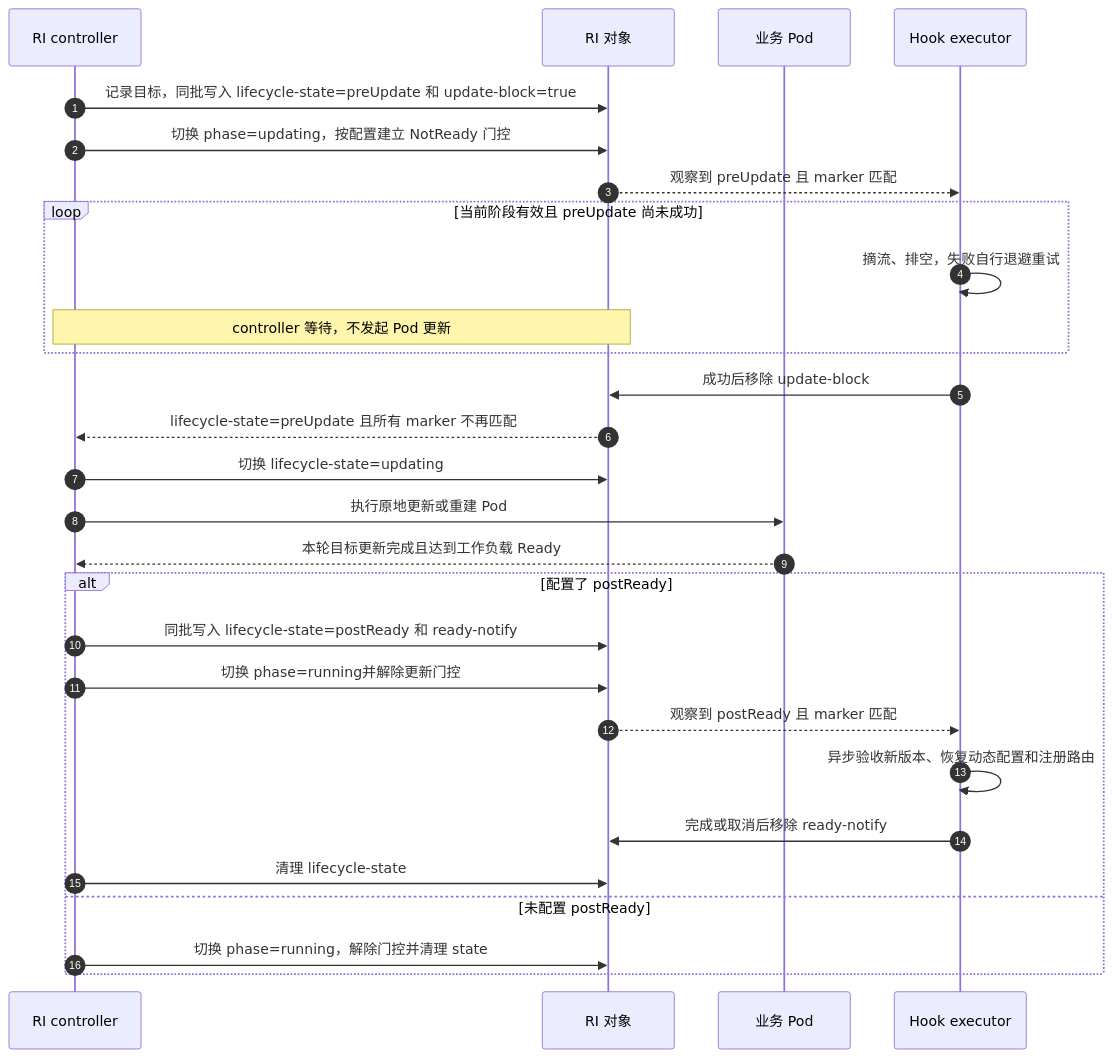
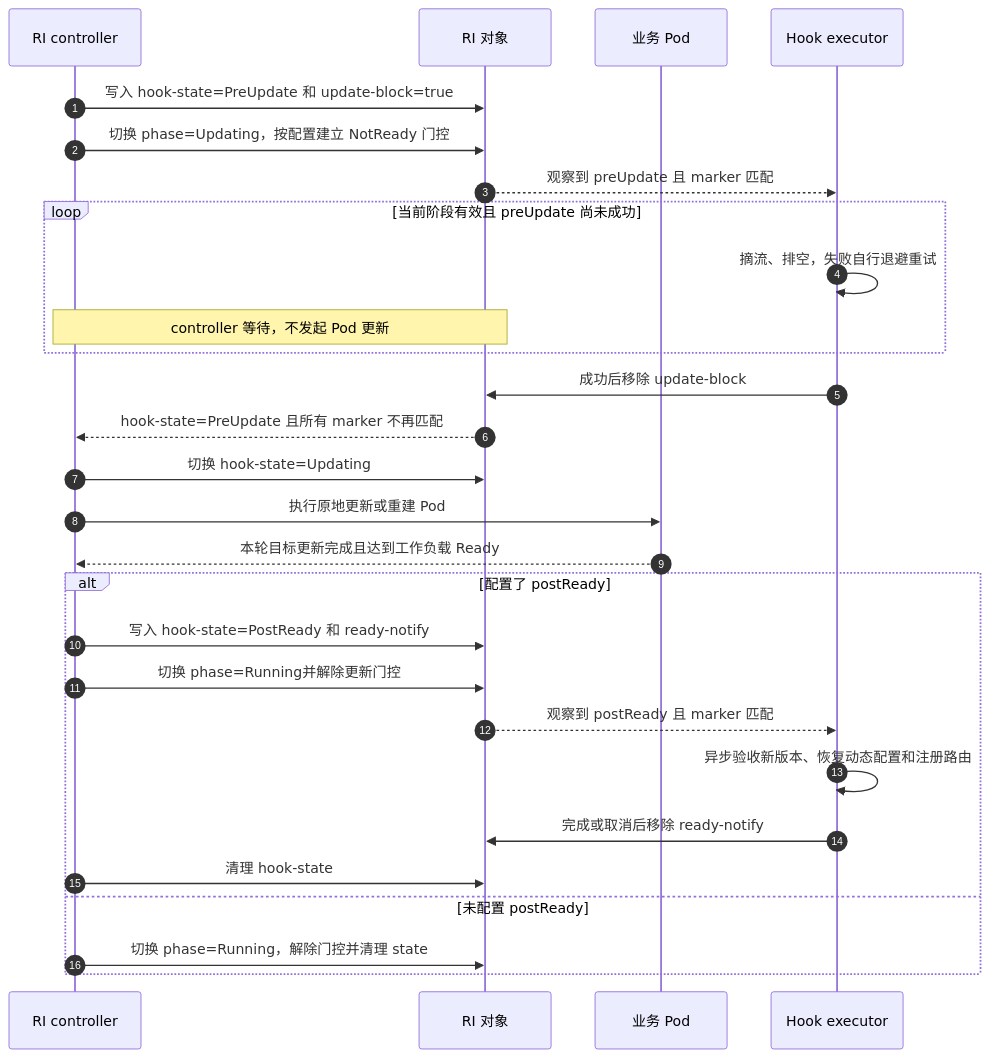
The first of 4 diagrams in keps/527-roleinstance-lifecycle/README.zh-CN.md (sgl-project/rbg), drawn with Mermaid before and after one commit. The commit also changed other lines of this file and 2 other files, not shown here.

Commit message:
docs: define RI lifecycle constants and values

````diff
--- a/keps/527-roleinstance-lifecycle/README.zh-CN.md
+++ b/keps/527-roleinstance-lifecycle/README.zh-CN.md
@@ -316,30 +357,30 @@
 ```mermaid
 sequenceDiagram
     autonumber
     participant C as RI controller
     participant R as RI 对象
     participant P as 业务 Pod
     participant E as Hook executor
-    C->>R: 记录目标，同批写入 lifecycle-state=preUpdate 和 update-block=true
-    C->>R: 切换 phase=updating，按配置建立 NotReady 门控
+    C->>R: 写入 hook-state=PreUpdate 和 update-block=true
+    C->>R: 切换 phase=Updating，按配置建立 NotReady 门控
     R-->>E: 观察到 preUpdate 且 marker 匹配
     loop 当前阶段有效且 preUpdate 尚未成功
         E->>E: 摘流、排空，失败自行退避重试
         Note over C,R: controller 等待，不发起 Pod 更新
     end
     E->>R: 成功后移除 update-block
-    R-->>C: lifecycle-state=preUpdate 且所有 marker 不再匹配
-    C->>R: 切换 lifecycle-state=updating
+    R-->>C: hook-state=PreUpdate 且所有 marker 不再匹配
+    C->>R: 切换 hook-state=Updating
     C->>P: 执行原地更新或重建 Pod
     P-->>C: 本轮目标更新完成且达到工作负载 Ready
     alt 配置了 postReady
-        C->>R: 同批写入 lifecycle-state=postReady 和 ready-notify
-        C->>R: 切换 phase=running并解除更新门控
+        C->>R: 写入 hook-state=PostReady 和 ready-notify
+        C->>R: 切换 phase=Running并解除更新门控
         R-->>E: 观察到 postReady 且 marker 匹配
         E->>E: 异步验收新版本、恢复动态配置和注册路由
         E->>R: 完成或取消后移除 ready-notify
-        C->>R: 清理 lifecycle-state
+        C->>R: 清理 hook-state
     else 未配置 postReady
-        C->>R: 切换 phase=running，解除门控并清理 state
+        C->>R: 切换 phase=Running，解除门控并清理 state
     end
 ```
````
